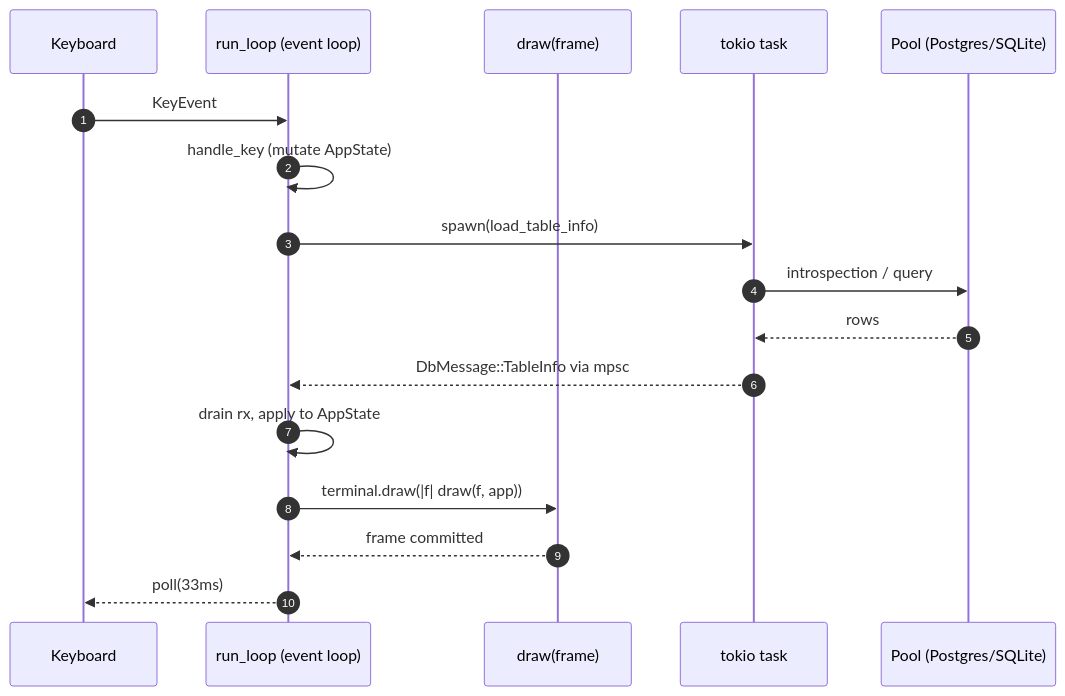
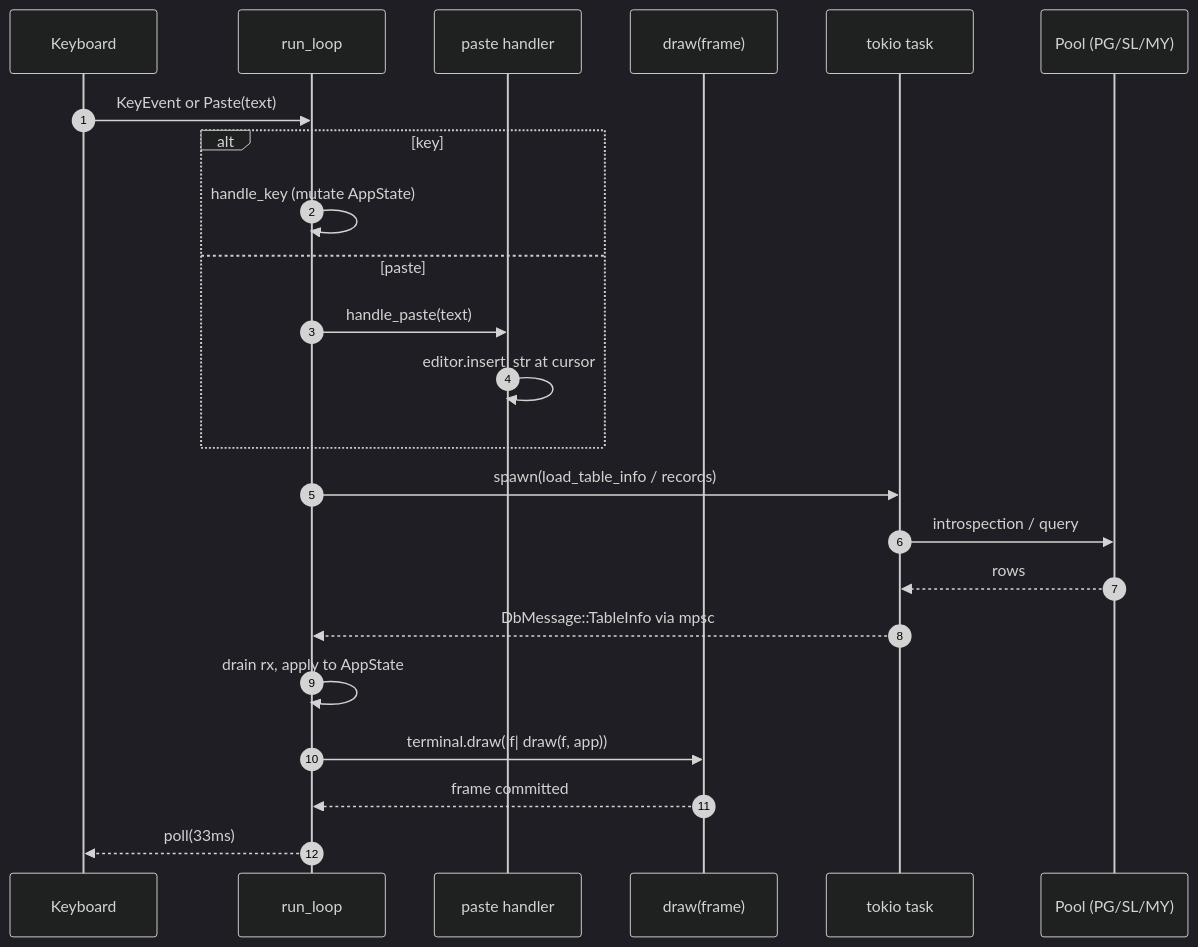
Before and after one commit to nt2311-vn/tsql: the fourth of 7 diagrams in README.md, drawn with Mermaid. The commit also changed other lines of this file and 8 other files, not shown here.

````diff
--- a/README.md
+++ b/README.md
@@ -91,20 +158,27 @@
 ```mermaid
+%%{init: {"theme": "dark"}}%%
 sequenceDiagram
     autonumber
     participant K as Keyboard
-    participant L as run_loop (event loop)
+    participant L as run_loop
+    participant P as paste handler
     participant U as draw(frame)
     participant T as tokio task
-    participant DB as Pool (Postgres/SQLite)
+    participant DB as Pool (PG/SL/MY)
 
-    K->>L: KeyEvent
-    L->>L: handle_key (mutate AppState)
-    L->>T: spawn(load_table_info)
+    K->>L: KeyEvent or Paste(text)
+    alt key
+        L->>L: handle_key (mutate AppState)
+    else paste
+        L->>P: handle_paste(text)
+        P->>P: editor.insert_str at cursor
+    end
+    L->>T: spawn(load_table_info / records)
     T->>DB: introspection / query
     DB-->>T: rows
     T-->>L: DbMessage::TableInfo via mpsc
     L->>L: drain rx, apply to AppState
     L->>U: terminal.draw(|f| draw(f, app))
     U-->>L: frame committed
     L-->>K: poll(33ms)
 ```
````
